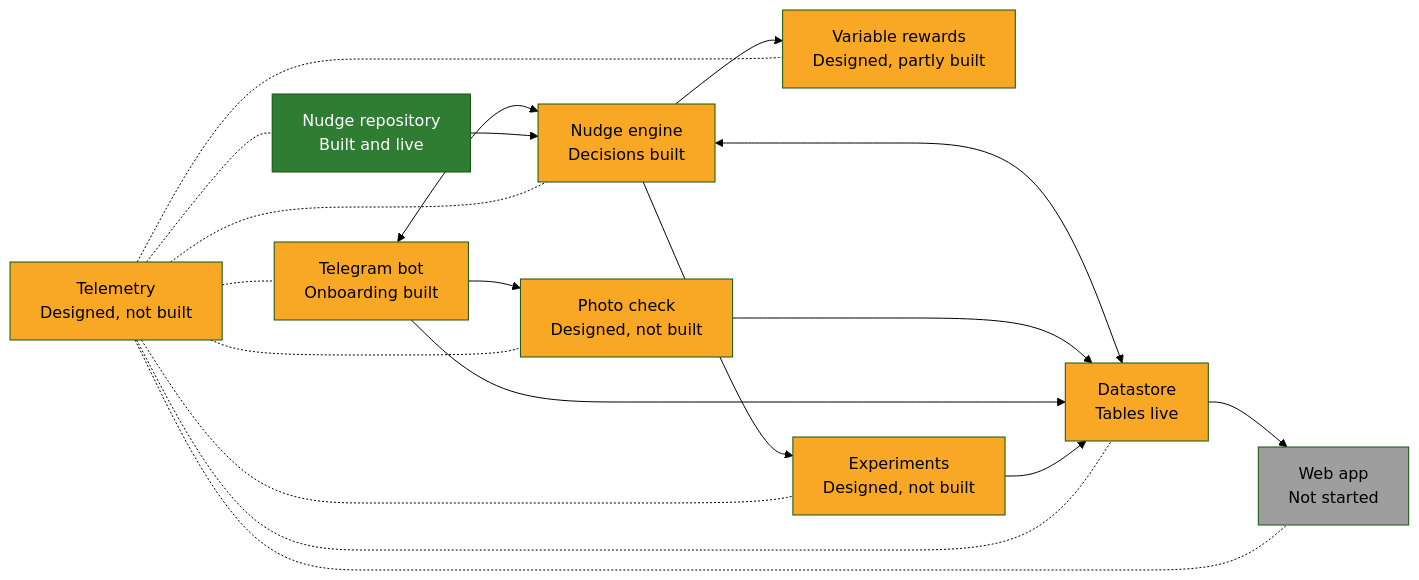
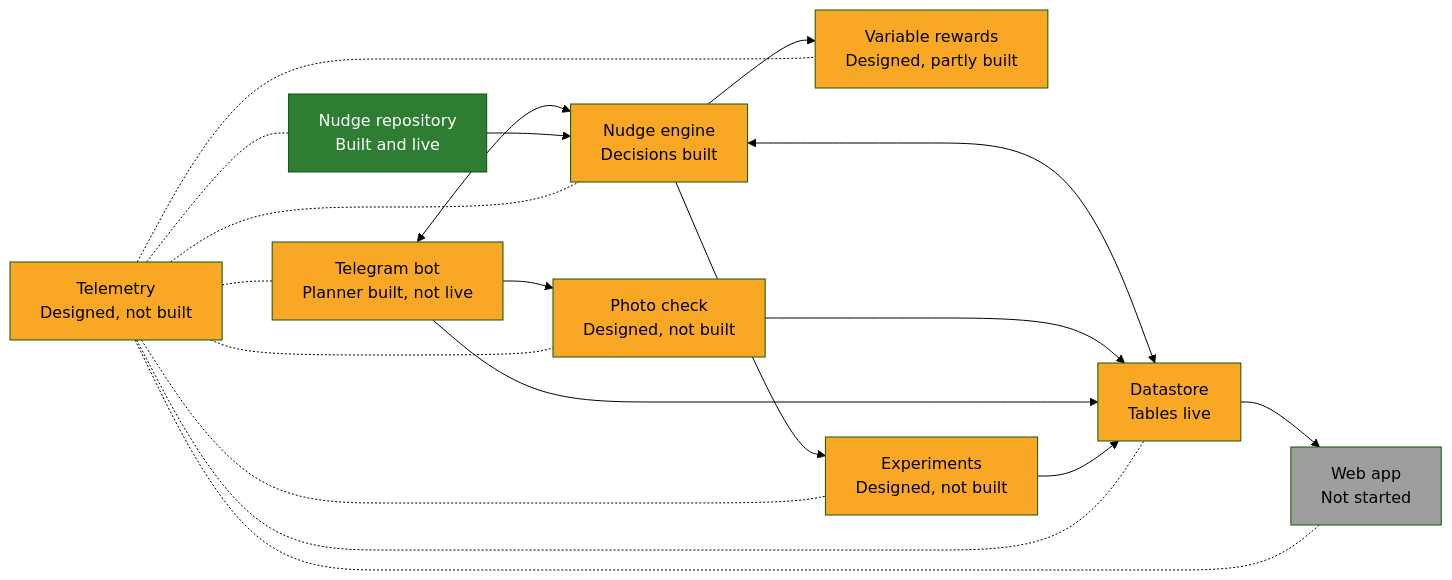
Before and after one commit to WeiLieh/FamilyHabitBuilder: the diagram in docs/ARCHITECTURE.md, drawn with Mermaid (forest theme). The commit also changed 7 other files, not shown here.

First line of the commit message:
Session 15 handoff: progress, catch-up, time and learning logs, diagram status

````diff
--- a/docs/ARCHITECTURE.md
+++ b/docs/ARCHITECTURE.md
@@ -5,35 +5,35 @@
 ```mermaid
 flowchart LR
-    telegram["Telegram bot<br/>Onboarding built"]:::part
+    telegram["Telegram bot<br/>Planner built, not live"]:::part
     engine["Nudge engine<br/>Decisions built"]:::part
     repository["Nudge repository<br/>Built and live"]:::done
     photo["Photo check<br/>Designed, not built"]:::part
     rewards["Variable rewards<br/>Designed, partly built"]:::part
     datastore["Datastore<br/>Tables live"]:::part
     webapp["Web app<br/>Not started"]:::todo
     telemetry["Telemetry<br/>Designed, not built"]:::part
     experiments["Experiments<br/>Designed, not built"]:::part
 
     telegram <--> engine
     repository --> engine
     engine --> rewards
     engine <--> datastore
     telegram --> photo
     photo --> datastore
     telegram --> datastore
     datastore --> webapp
     engine --> experiments
     experiments --> datastore
     telemetry -.- telegram
     telemetry -.- engine
     telemetry -.- repository
     telemetry -.- photo
     telemetry -.- rewards
     telemetry -.- datastore
     telemetry -.- webapp
     telemetry -.- experiments
 
     classDef done fill:#2e7d32,color:#ffffff
     classDef part fill:#f9a825,color:#000000
     classDef todo fill:#9e9e9e,color:#000000
 ```
````
